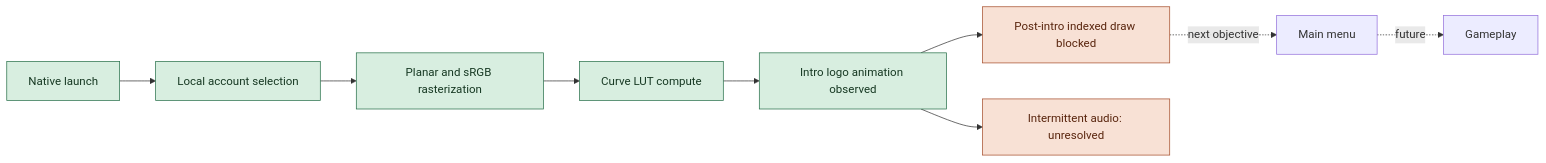
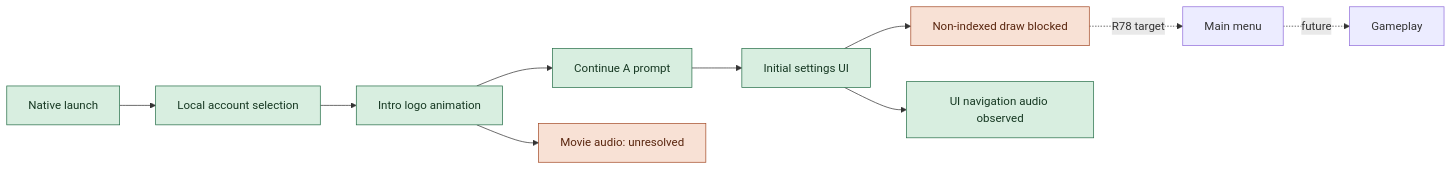
The first of 2 diagrams in README.md (DBWilliamEngineering/IraRationis), drawn with Mermaid before and after one commit. The commit also changed other lines of this file and 374 other files, not shown here.

````diff
--- a/README.md
+++ b/README.md
@@ -55,15 +59,16 @@
 ```mermaid
 flowchart LR
     A[Native launch] --> B[Local account selection]
-    B --> C[Planar and sRGB rasterization]
-    C --> D[Curve LUT compute]
-    D --> E[Intro logo animation observed]
-    E --> F[Post-intro indexed draw blocked]
-    F -. next objective .-> G[Main menu]
+    B --> C[Intro logo animation]
+    C --> D[Continue A prompt]
+    D --> E[Initial settings UI]
+    E --> F[Non-indexed draw blocked]
+    F -. R78 target .-> G[Main menu]
     G -. future .-> H[Gameplay]
-    E --> I[Intermittent audio: unresolved]
+    C --> I[Movie audio: unresolved]
+    E --> J[UI navigation audio observed]
     classDef reached fill:#d8eee0,stroke:#28704a,color:#163822
     classDef blocked fill:#f8e1d5,stroke:#a64e2b,color:#59250e
-    class A,B,C,D,E reached
+    class A,B,C,D,E,J reached
     class F,I blocked
 ```
````
